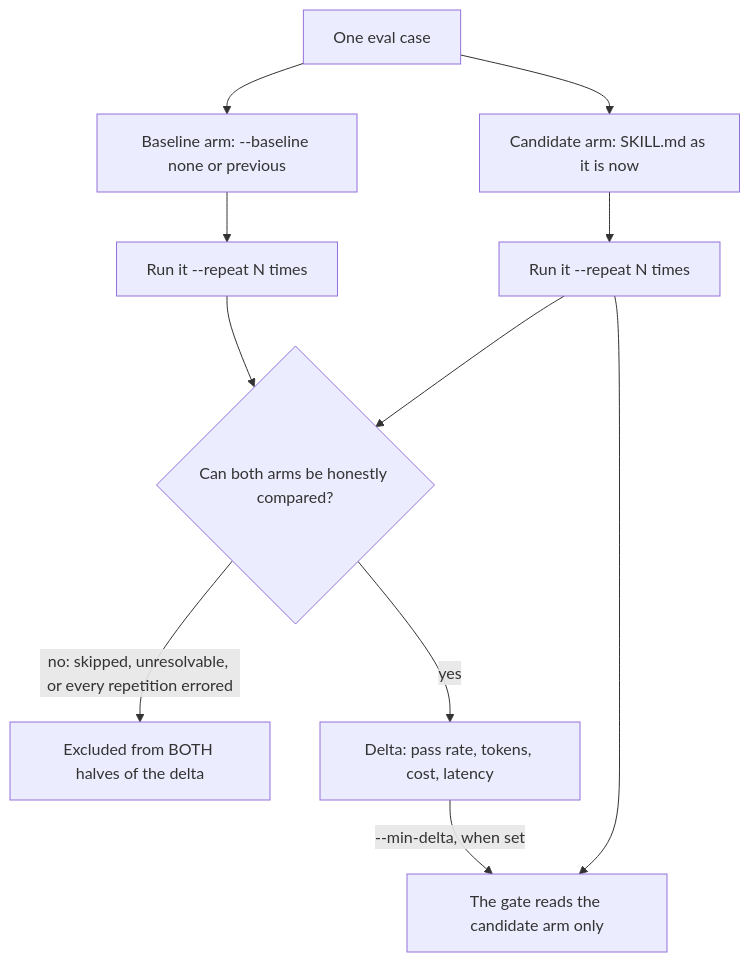
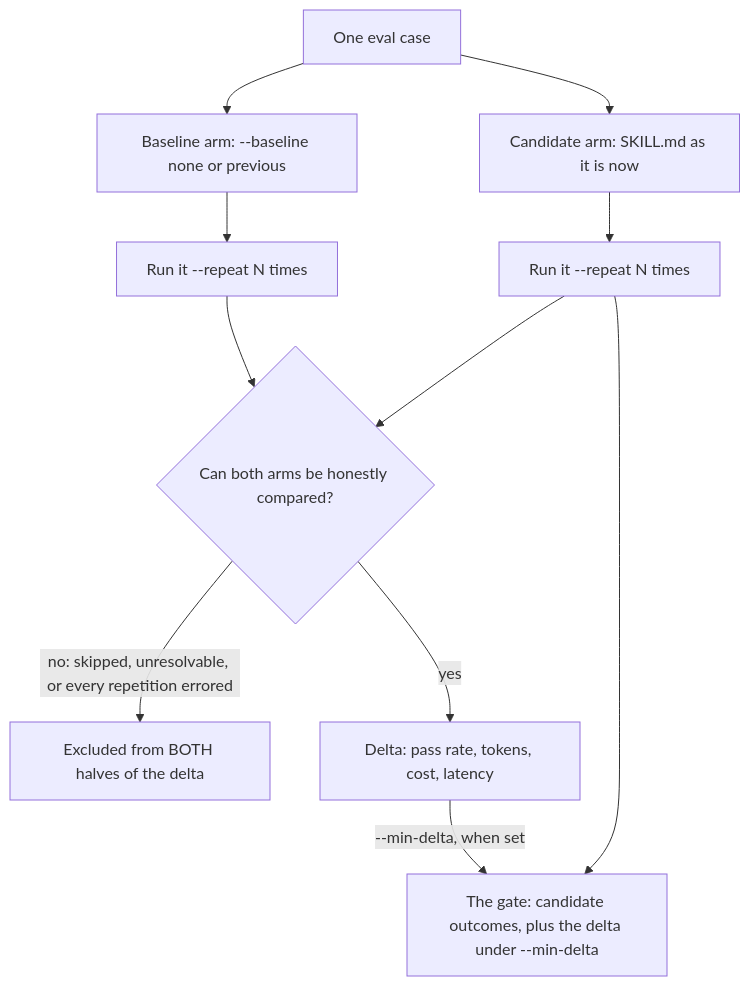
The diagram in docs/comparative-evals.md (EmadMokhtar/skill-evaluator), drawn with Mermaid before and after one commit. The commit also changed other lines of this file and 1 other file, not shown here.

First line of the commit message:
docs: scope the candidate-arm claim and introduce --min-delta

````diff
--- a/docs/comparative-evals.md
+++ b/docs/comparative-evals.md
@@ -58,13 +60,13 @@
 ```mermaid
 flowchart TD
     CASE["One eval case"] --> CAND["Candidate arm: SKILL.md as it is now"]
     CASE --> BASE["Baseline arm: --baseline none or previous"]
     CAND --> CR["Run it --repeat N times"]
     BASE --> BR["Run it --repeat N times"]
     CR --> PAIR{"Can both arms be honestly compared?"}
     BR --> PAIR
     PAIR -->|"no: skipped, unresolvable, or every repetition errored"| DROP["Excluded from BOTH halves of the delta"]
     PAIR -->|yes| DELTA["Delta: pass rate, tokens, cost, latency"]
-    CR --> GATE["The gate reads the candidate arm only"]
+    CR --> GATE["The gate: candidate outcomes, plus the delta under --min-delta"]
     DELTA -->|"--min-delta, when set"| GATE
 ```
````
